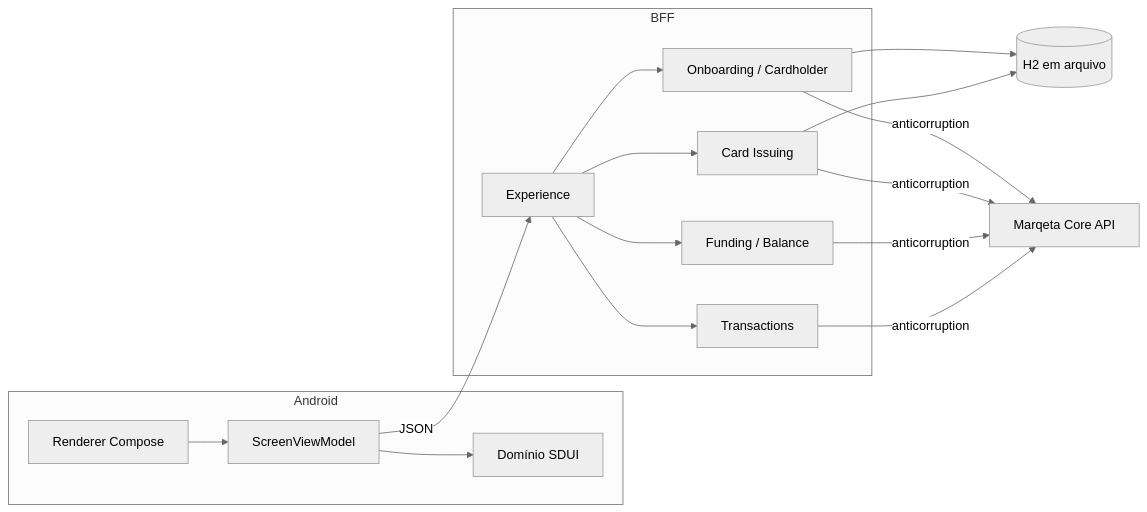
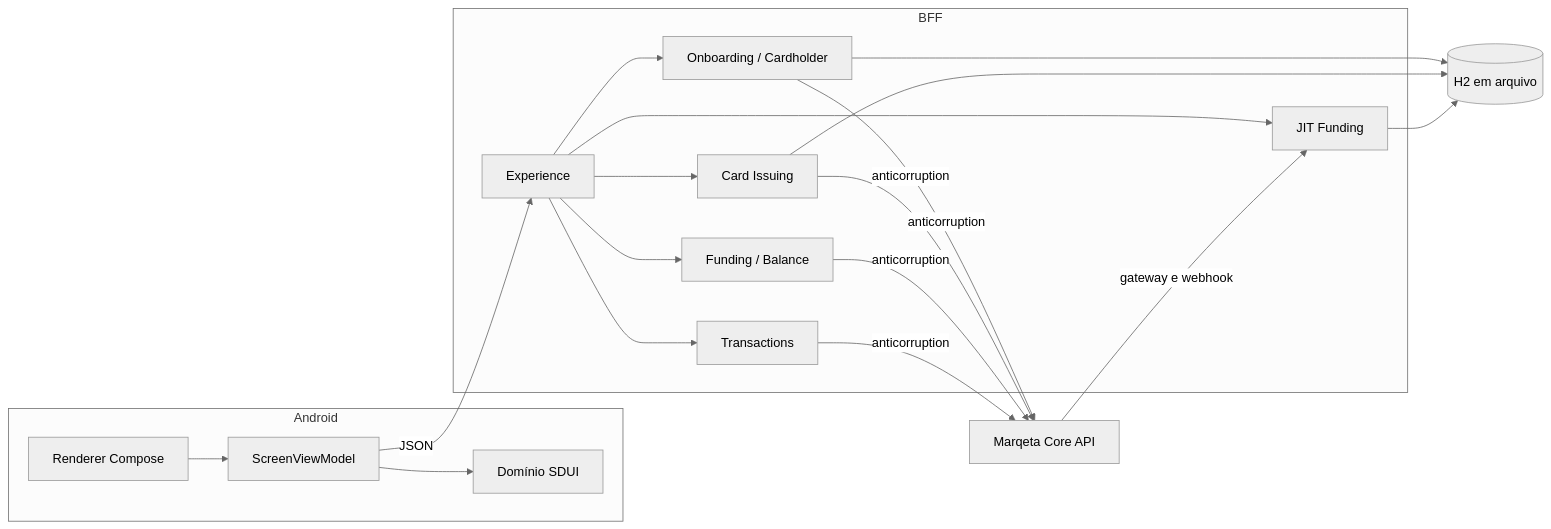
One commit to rsl50/sproutify-mobile-mqta changed the first of 2 diagrams in README.md. Above: the diagram before and after it, drawn with Mermaid (neutral theme). The commit also changed other lines of this file and 2 other files, not shown here.

First line of the commit message:
docs: descreve o JIT Gateway

````diff
--- a/README.md
+++ b/README.md
@@ -27,29 +27,33 @@
 ```mermaid
 flowchart LR
   subgraph app [Android]
     UI[Renderer Compose]
     VM[ScreenViewModel]
     SDUI[Domínio SDUI]
     UI --> VM --> SDUI
   end
   subgraph bff [BFF]
     EXP[Experience]
     ONB[Onboarding / Cardholder]
     ISS[Card Issuing]
     FUN[Funding / Balance]
     TX[Transactions]
+    JIT[JIT Funding]
     EXP --> ONB
     EXP --> ISS
     EXP --> FUN
     EXP --> TX
+    EXP --> JIT
   end
   MQ[Marqeta Core API]
   H2[(H2 em arquivo)]
   VM -->|JSON| EXP
   ONB --> H2
   ISS --> H2
+  JIT --> H2
   ONB -->|anticorruption| MQ
   ISS -->|anticorruption| MQ
   FUN -->|anticorruption| MQ
   TX -->|anticorruption| MQ
+  MQ -->|gateway e webhook| JIT
 ```
````
